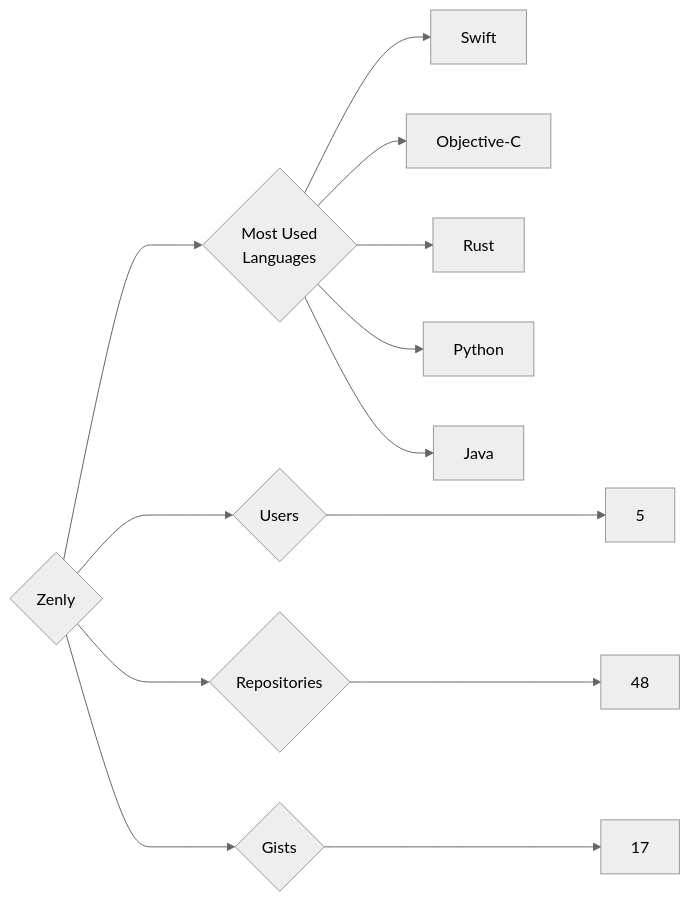
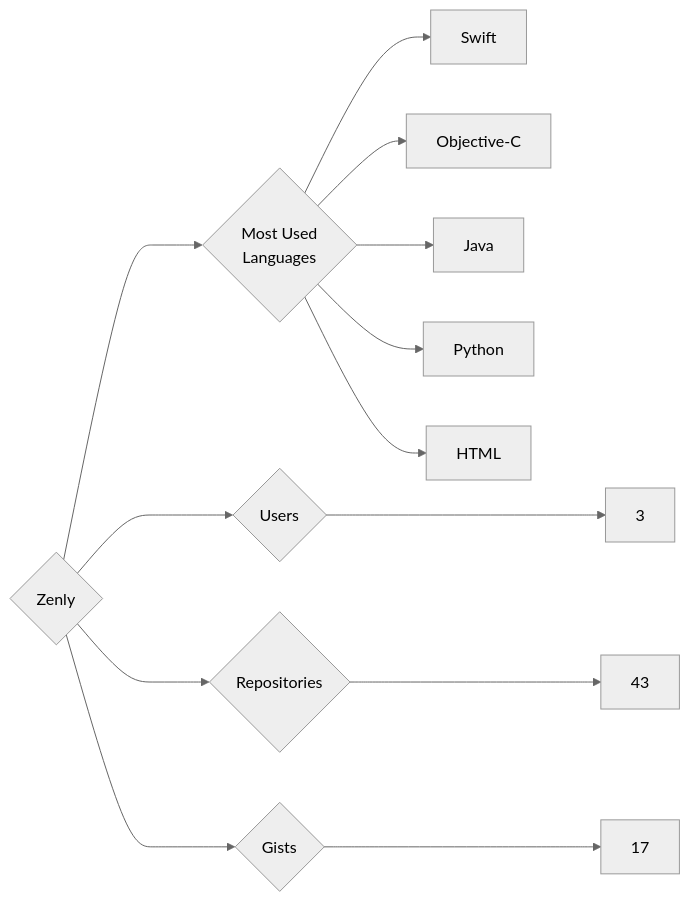
The diagram in targets/Zenly/README.md (trickest/insiders), drawn with Mermaid (neutral theme) before and after one commit. The commit also changed 1496 other files, not shown here.

````diff
--- a/targets/Zenly/README.md
+++ b/targets/Zenly/README.md
@@ -3,13 +3,13 @@
 ```mermaid
 graph LR
 COMPANY_NAME{Zenly}
-COMPANY_NAME ---> U{Users} ---> UN[5]
-COMPANY_NAME ---> R{Repositories} ---> RN[48]
+COMPANY_NAME ---> U{Users} ---> UN[3]
+COMPANY_NAME ---> R{Repositories} ---> RN[43]
 COMPANY_NAME ---> G{Gists} ---> GN[17]
 COMPANY_NAME ---> ML{Most Used<br>Languages}
 ML --> Swift[Swift]
 ML --> Objective-C[Objective-C]
-ML --> Rust[Rust]
+ML --> Java[Java]
 ML --> Python[Python]
-ML --> Java[Java]
+ML --> HTML[HTML]
 ```
````
